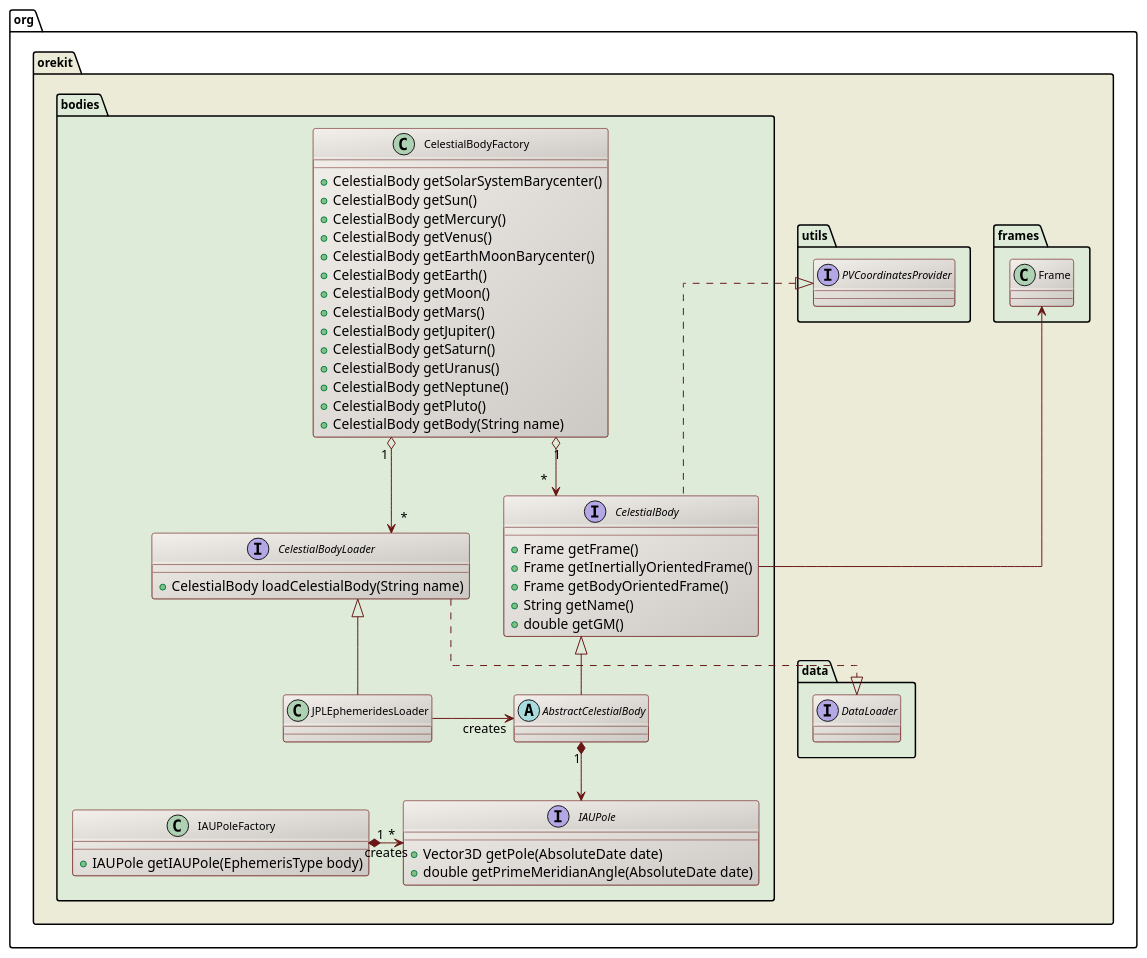
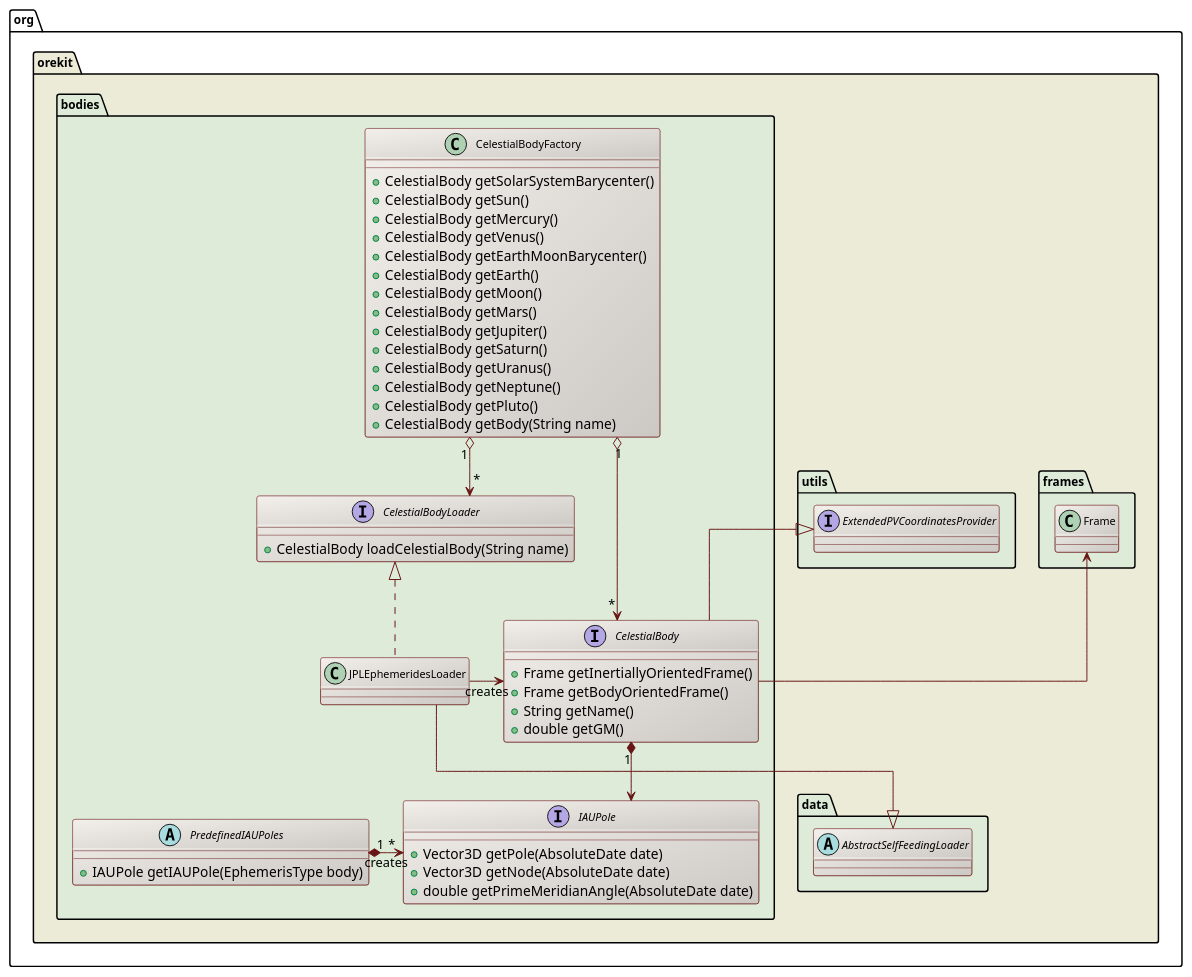
The diagram in src/design/celestial-bodies-class-diagram.puml (CS-SI/Orekit), drawn with PlantUML before and after one commit. The commit also changed 9 other files, not shown here.

```diff
--- a/src/design/celestial-bodies-class-diagram.puml
+++ b/src/design/celestial-bodies-class-diagram.puml
@@ -17,86 +17,83 @@
 @startuml
 
   skinparam svek                  true
   skinparam ClassBackgroundColor  #F3EFEB/CCC9C5
   skinparam ClassArrowColor       #691616
   skinparam ClassBorderColor      #691616
   skinparam NoteBackgroundColor   #F3EFEB
   skinparam NoteBorderColor       #691616
   skinparam NoteFontColor         #691616
   skinparam ClassFontSize         11
   skinparam PackageFontSize       12
   skinparam linetype              ortho
 
   package org.orekit #ECEBD8 {
 
   package frames #DDEBD8 {
     class Frame
   }
 
   package utils #DDEBD8 {
-    interface PVCoordinatesProvider
+    interface ExtendedPVCoordinatesProvider
   }
 
   package bodies #DDEBD8 {
     interface CelestialBody {
-      +Frame getFrame()
       +Frame getInertiallyOrientedFrame()
       +Frame getBodyOrientedFrame()
       +String getName()
       +double getGM()
     }
 
     class CelestialBodyFactory {
       +CelestialBody getSolarSystemBarycenter()
       +CelestialBody getSun()
       +CelestialBody getMercury()
       +CelestialBody getVenus()
       +CelestialBody getEarthMoonBarycenter()
       +CelestialBody getEarth()
       +CelestialBody getMoon()
       +CelestialBody getMars()
       +CelestialBody getJupiter()
       +CelestialBody getSaturn()
       +CelestialBody getUranus()
       +CelestialBody getNeptune()
       +CelestialBody getPluto()
       +CelestialBody getBody(String name)
     }
 
     interface CelestialBodyLoader {
       +CelestialBody loadCelestialBody(String name)
     }
 
     class JPLEphemeridesLoader
 
     interface IAUPole {
       +Vector3D getPole(AbsoluteDate date)
+      +Vector3D getNode(AbsoluteDate date)
       +double getPrimeMeridianAngle(AbsoluteDate date)
     }
 
-    class IAUPoleFactory {
+    abstract class PredefinedIAUPoles {
       +IAUPole getIAUPole(EphemerisType body)
     }
 
-    abstract class AbstractCelestialBody
-
-    CelestialBodyLoader  <|-- JPLEphemeridesLoader
+    CelestialBodyLoader     <|..         JPLEphemeridesLoader
     CelestialBody "*"       <-left-o "1" CelestialBodyFactory
-    CelestialBodyFactory "1" o--> "*" CelestialBodyLoader
-    PVCoordinatesProvider <|.. CelestialBody
-    CelestialBody         -up-> Frame
-    CelestialBody         <|-- AbstractCelestialBody
-    IAUPole "*" <-left-* "1" IAUPoleFactory  : creates
-    AbstractCelestialBody "1" *--> IAUPole
-    AbstractCelestialBody <-left- JPLEphemeridesLoader : creates
+    CelestialBodyFactory "1" o--> "*"    CelestialBodyLoader
+    ExtendedPVCoordinatesProvider <|--   CelestialBody
+    CelestialBody         -up->          Frame
+    IAUPole "*" <-left-* "1"             PredefinedIAUPoles  : creates
+    CelestialBody "1" *-->               IAUPole
+    CelestialBody <-left-                JPLEphemeridesLoader : creates
 
   }
 
   package data #DDEBD8 {
-    interface DataLoader
-    CelestialBodyLoader ..|> DataLoader
+    abstract class AbstractSelfFeedingLoader
+    JPLEphemeridesLoader --|> AbstractSelfFeedingLoader
   }
 
 }
 
 @enduml
```
